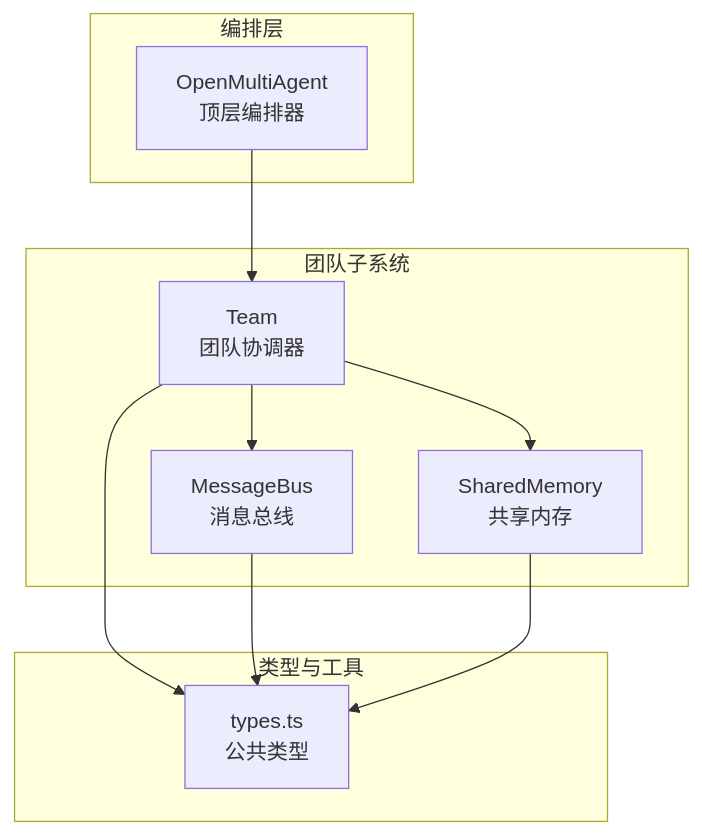
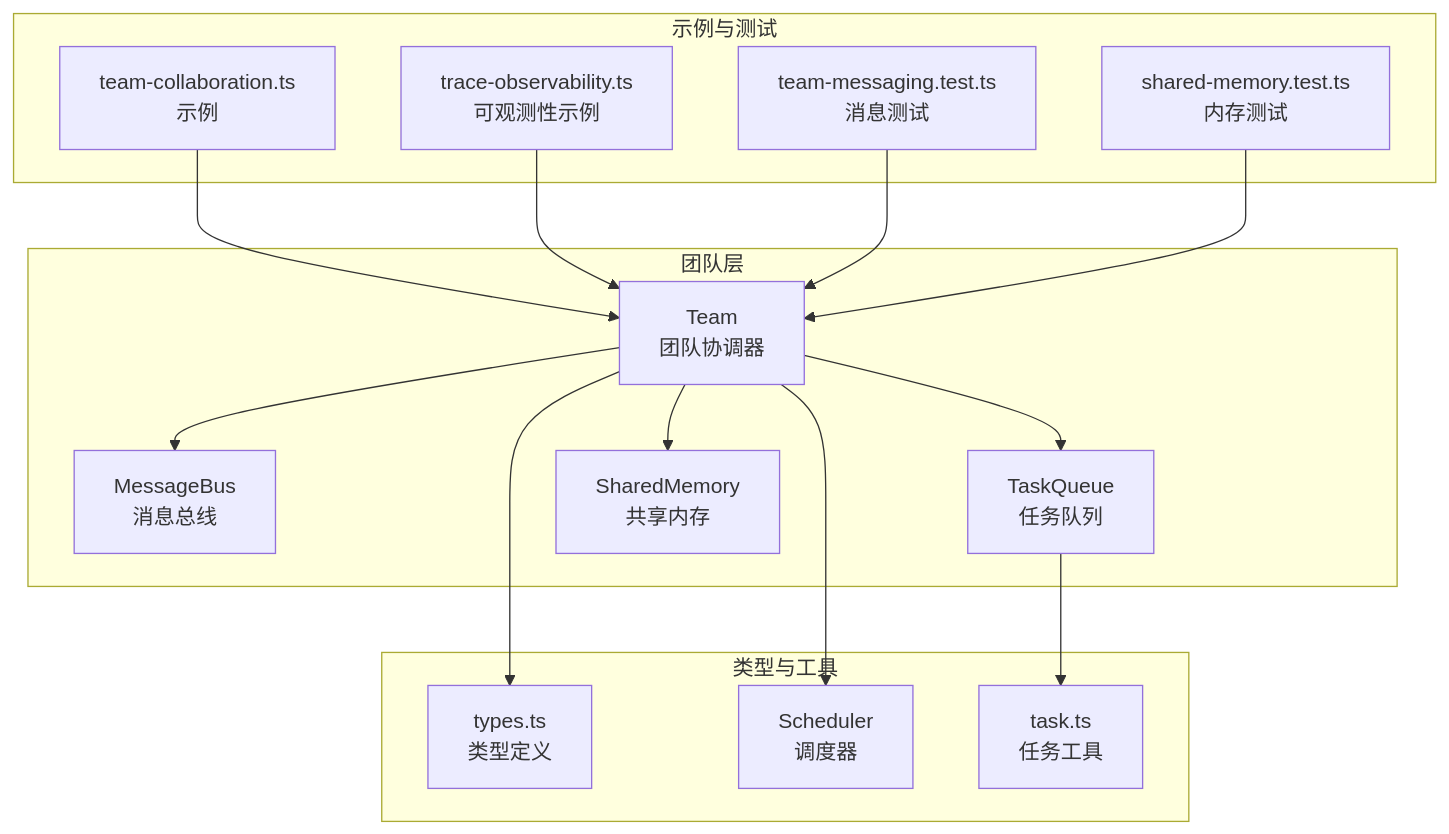
One commit to haolange/open-multi-agent changed the first of 6 diagrams in .qoder/repowiki/zh/content/API 参考/团队 API.md. Above: the diagram before and after it, drawn with Mermaid. The commit also changed other lines of this file and 100 other files, not shown here.

````diff
--- a/.qoder/repowiki/zh/content/API 参考/团队 API.md
+++ b/.qoder/repowiki/zh/content/API 参考/团队 API.md
@@ -44,20 +36,30 @@
 ```mermaid
 graph TB
-subgraph "团队子系统"
+subgraph "团队层"
 Team["Team<br/>团队协调器"]
 Bus["MessageBus<br/>消息总线"]
+Queue["TaskQueue<br/>任务队列"]
 Mem["SharedMemory<br/>共享内存"]
 end
-subgraph "编排层"
-Orchestrator["OpenMultiAgent<br/>顶层编排器"]
+subgraph "类型与工具"
+Types["types.ts<br/>类型定义"]
+Scheduler["Scheduler<br/>调度器"]
+TaskUtil["task.ts<br/>任务工具"]
 end
-subgraph "类型与工具"
-Types["types.ts<br/>公共类型"]
+subgraph "示例与测试"
+Demo["team-collaboration.ts<br/>示例"]
+TraceDemo["trace-observability.ts<br/>可观测性示例"]
+TestMsg["team-messaging.test.ts<br/>消息测试"]
+TestMem["shared-memory.test.ts<br/>内存测试"]
 end
-Orchestrator --> Team
 Team --> Bus
+Team --> Queue
 Team --> Mem
 Team --> Types
-Bus --> Types
-Mem --> Types
+Team --> Scheduler
+Queue --> TaskUtil
+Demo --> Team
+TraceDemo --> Team
+TestMsg --> Team
+TestMem --> Team
 ```
````
